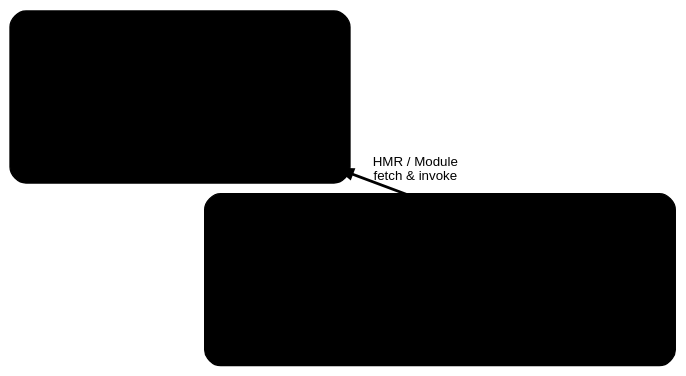
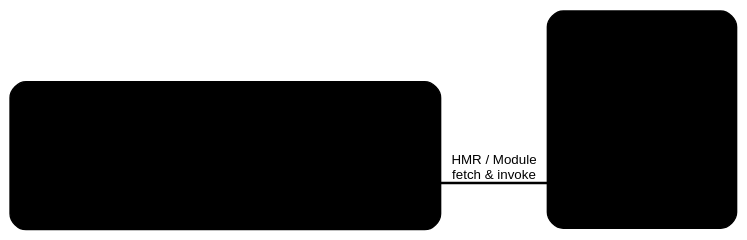
The diagram in docs/guide/api-environment-runtimes.md (vitejs/vite), drawn with Graphviz before and after one commit.

````diff
--- a/docs/guide/api-environment-runtimes.md
+++ b/docs/guide/api-environment-runtimes.md
@@ -85,39 +85,45 @@
 ```dot
 digraph module_runner {
   rankdir=LR
   node [shape=box style="rounded,filled" fontname="Arial" fontsize=11 margin="0.2,0.1" fontcolor="${#3c3c43|#ffffff}" color="${#c2c2c4|#3c3f44}"]
   edge [color="${#67676c|#98989f}" fontname="Arial" fontsize=10 fontcolor="${#67676c|#98989f}"]
   bgcolor="transparent"
   compound=true
 
   subgraph cluster_server {
     label="Vite Dev Server (Node.js)" labeljust=l fontname="Arial" fontsize=12
     style="rounded,filled" fillcolor="${#f6f6f7|#1a1a1f}" color="${#c2c2c4|#3c3f44}"
     fontcolor="${#3c3c43|#ffffff}"
 
-    plugins [label="Plugin\nPipeline" fillcolor="${#e9eaff|#222541}"]
-    mg [label="Module\nGraph" fillcolor="${#e9eaff|#222541}"]
-    env [label="DevEnvironment" fillcolor="${#f2ecfc|#2c273e}"]
-    hot [label="HotChannel" fillcolor="${#fcf4dc|#38301a}"]
+    subgraph cluster_env {
+      label="DevEnvironment" labeljust=l fontname="Arial" fontsize=11
+      style="rounded,filled" fillcolor="${#f2ecfc|#2c273e}" color="${#c2c2c4|#3c3f44}"
+      fontcolor="${#3c3c43|#ffffff}"
 
-    plugins -> mg [dir=both]
-    env -> mg
-    env -> hot
+      plugins [label="Plugin\nPipeline" fillcolor="${#e9eaff|#222541}"]
+      mg [label="Module\nGraph" fillcolor="${#e9eaff|#222541}"]
+      hot [label="HotChannel" fillcolor="${#fcf4dc|#38301a}"]
+
+      plugins -> mg [dir=both]
+      mg -> hot [style=invis]
+    }
   }
 
   subgraph cluster_runtime {
     label="Target Runtime" labeljust=l fontname="Arial" fontsize=12
     style="rounded,filled" fillcolor="${#f0fdf4|#131b15}" color="${#c2c2c4|#3c3f44}"
     fontcolor="${#3c3c43|#ffffff}"
 
-    runner [label="ModuleRunner" fillcolor="${#def5ed|#15312d}"]
-    evaluator [label="ModuleEvaluator\n(ESModulesEvaluator)" fillcolor="${#def5ed|#15312d}"]
-    transport [label="Transport" fillcolor="${#fcf4dc|#38301a}"]
+    subgraph cluster_runner {
+      label="ModuleRunner" labeljust=l fontname="Arial" fontsize=11
+      style="rounded,filled" fillcolor="${#def5ed|#15312d}" color="${#c2c2c4|#3c3f44}"
+      fontcolor="${#3c3c43|#ffffff}"
 
-    runner -> evaluator
-    runner -> transport
+      evaluator [label="ModuleEvaluator" fillcolor="${#def5ed|#15312d}"]
+      transport [label="Transport" fillcolor="${#fcf4dc|#38301a}"]
+    }
   }
 
   hot -> transport [label="HMR / Module\nfetch & invoke" dir=both style=bold color="${#6f42c1|#c8abfa}"]
 }
 ```
````
